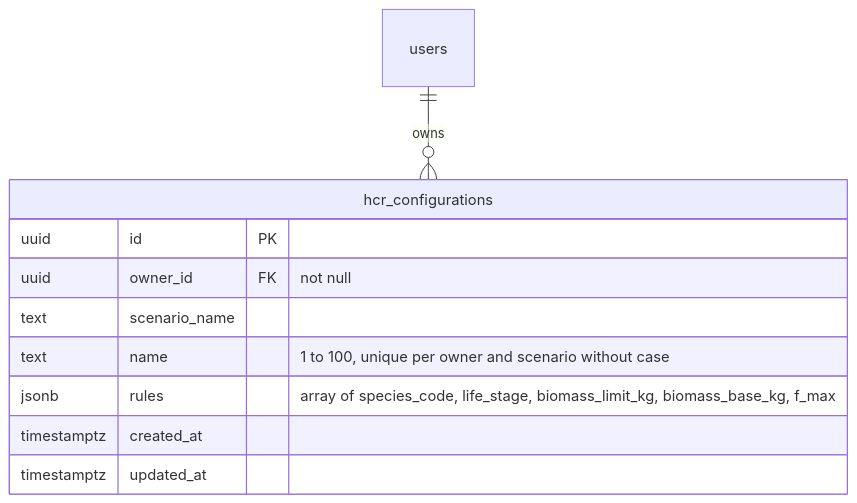
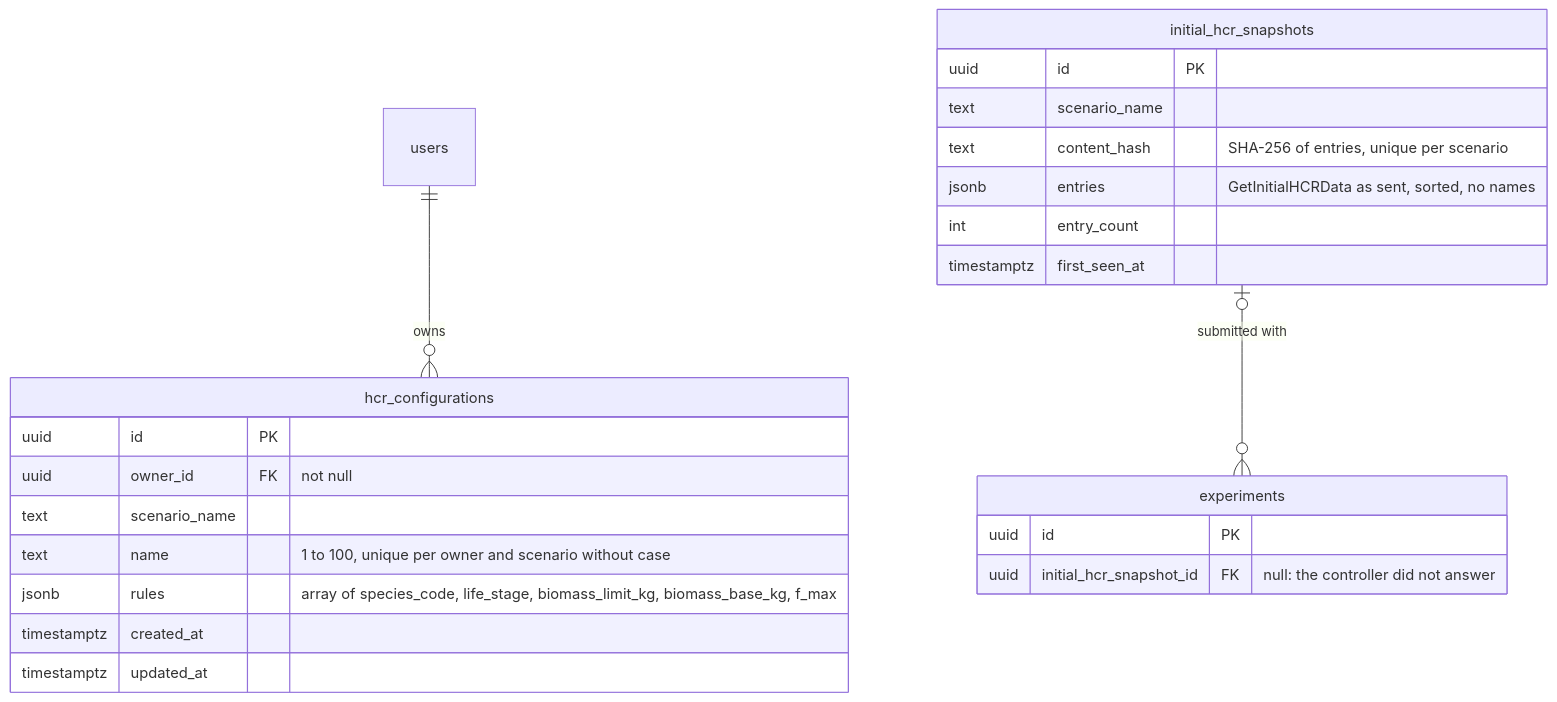
One commit to SURIMI-Project/SURIMI-modelgui changed the fifth of 5 diagrams in docs/features/harvest-control-rules/README.md. Above: the diagram before and after it, drawn with Mermaid. The commit also changed other lines of this file and 93 other files, not shown here.

````diff
--- a/docs/features/harvest-control-rules/README.md
+++ b/docs/features/harvest-control-rules/README.md
@@ -216,13 +293,26 @@
 ```mermaid
 erDiagram
     users ||--o{ hcr_configurations : owns
+    initial_hcr_snapshots |o--o{ experiments : "submitted with"
     hcr_configurations {
         uuid id PK
         uuid owner_id FK "not null"
         text scenario_name
         text name "1 to 100, unique per owner and scenario without case"
         jsonb rules "array of species_code, life_stage, biomass_limit_kg, biomass_base_kg, f_max"
         timestamptz created_at
         timestamptz updated_at
     }
+    initial_hcr_snapshots {
+        uuid id PK
+        text scenario_name
+        text content_hash "SHA-256 of entries, unique per scenario"
+        jsonb entries "GetInitialHCRData as sent, sorted, no names"
+        int entry_count
+        timestamptz first_seen_at
+    }
+    experiments {
+        uuid id PK
+        uuid initial_hcr_snapshot_id FK "null: the controller did not answer"
+    }
 ```
````
